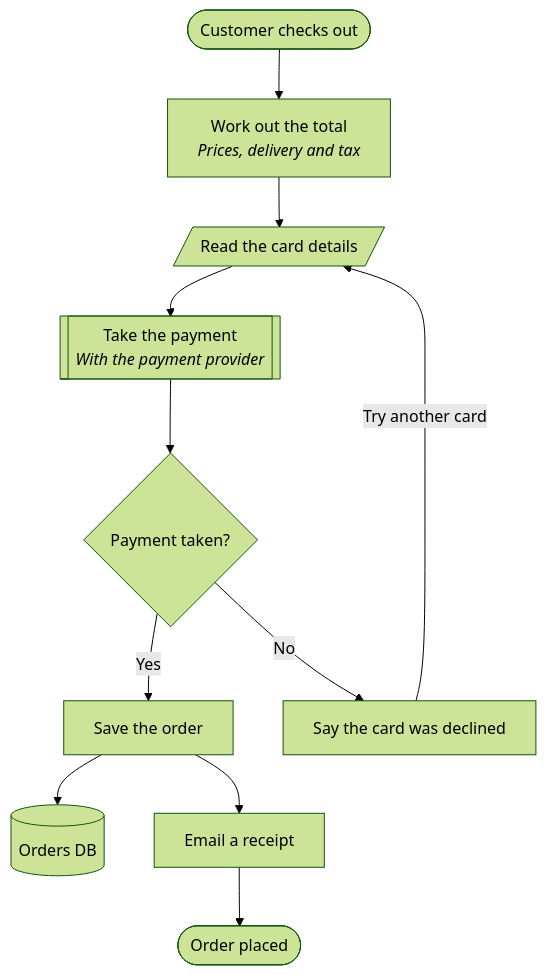
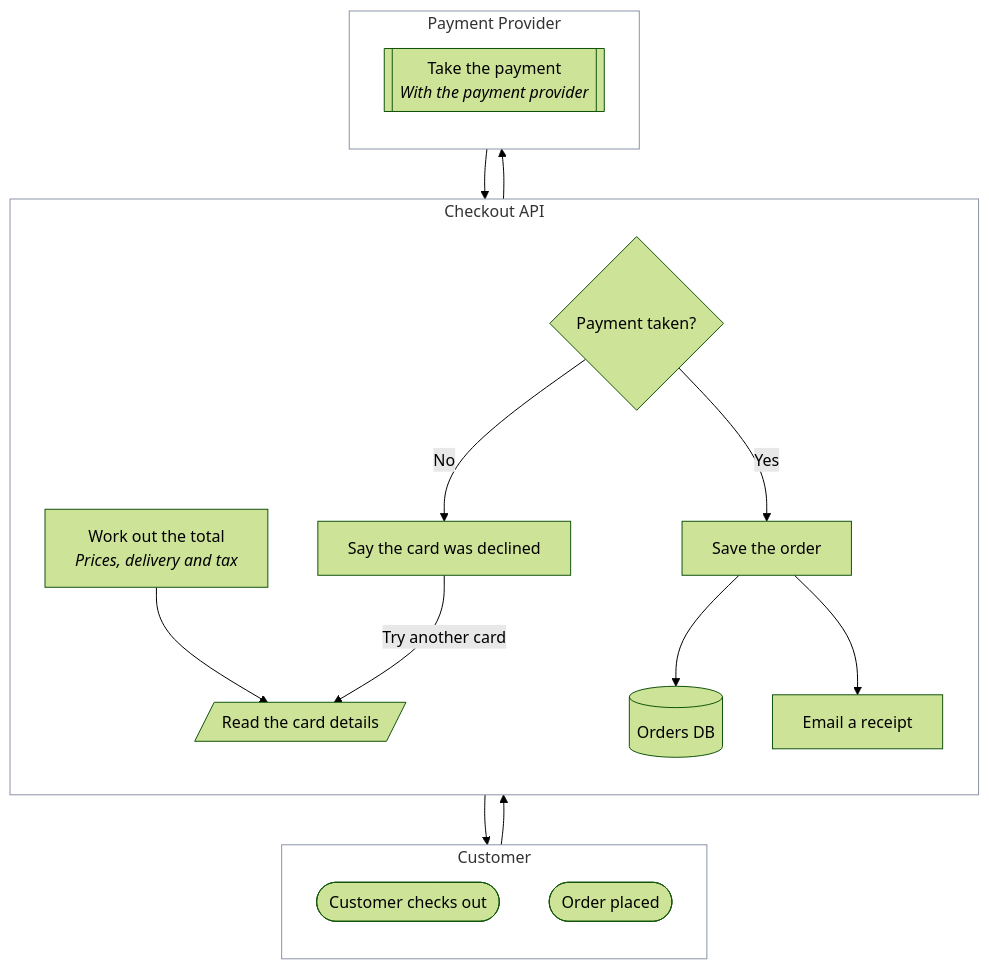
Before and after one commit to danyo1399/open-arch: the diagram in examples/shop/docs/views/checking-out.md, drawn with Mermaid (forest theme). The commit also changed other lines of this file and 69 other files, not shown here.

````diff
--- a/examples/shop/docs/views/checking-out.md
+++ b/examples/shop/docs/views/checking-out.md
@@ -9,23 +9,35 @@
 ```mermaid
 flowchart TB
-  checks_out(["Customer checks out"])
-  total["Work out the total<br/><i>Prices, delivery and tax</i>"]
-  card_details[/"Read the card details"/]
-  take_payment[["Take the payment<br/><i>With the payment provider</i>"]]
-  paid{"Payment taken?"}
-  declined["Say the card was declined"]
-  save_order["Save the order"]
-  orders[("Orders DB")]
-  receipt["Email a receipt"]
-  placed(["Order placed"])
+  subgraph lane__customer["Customer"]
+    direction TB
+    checks_out(["Customer checks out"])
+    placed(["Order placed"])
+  end
+  subgraph lane__checkout_api["Checkout API"]
+    direction TB
+    total["Work out the total<br/><i>Prices, delivery and tax</i>"]
+    card_details[/"Read the card details"/]
+    paid{"Payment taken?"}
+    declined["Say the card was declined"]
+    save_order["Save the order"]
+    orders[("Orders DB")]
+    receipt["Email a receipt"]
+  end
+  subgraph lane__payment_provider["Payment Provider"]
+    direction TB
+    take_payment[["Take the payment<br/><i>With the payment provider</i>"]]
+  end
   checks_out --> total
   total --> card_details
   card_details --> take_payment
   take_payment --> paid
   paid -->|"Yes"| save_order
   paid -->|"No"| declined
   declined -->|"Try another card"| card_details
   save_order --> orders
   save_order --> receipt
   receipt --> placed
+  style lane__customer fill:none,stroke:#8a94a6
+  style lane__checkout_api fill:none,stroke:#8a94a6
+  style lane__payment_provider fill:none,stroke:#8a94a6
 ```
````
